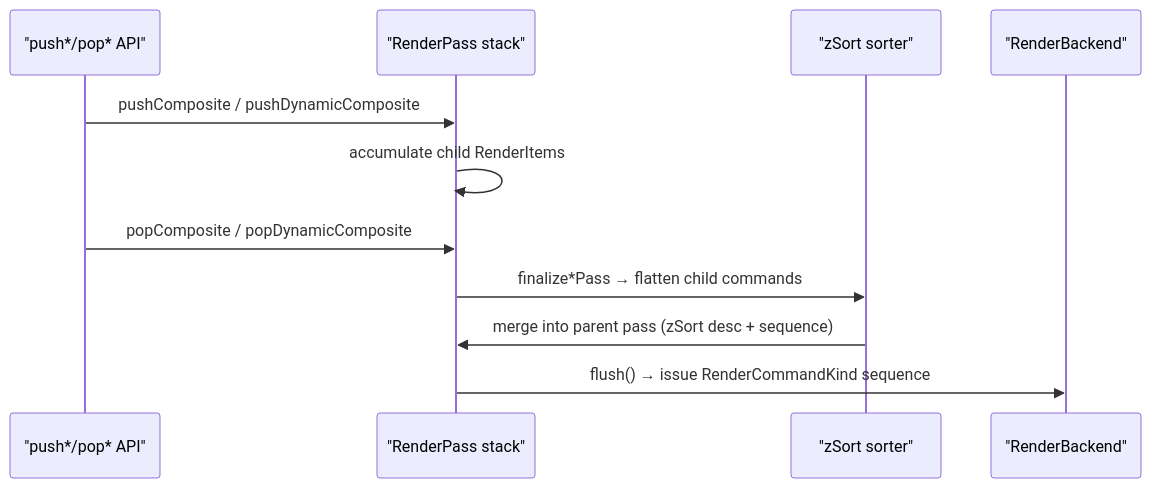
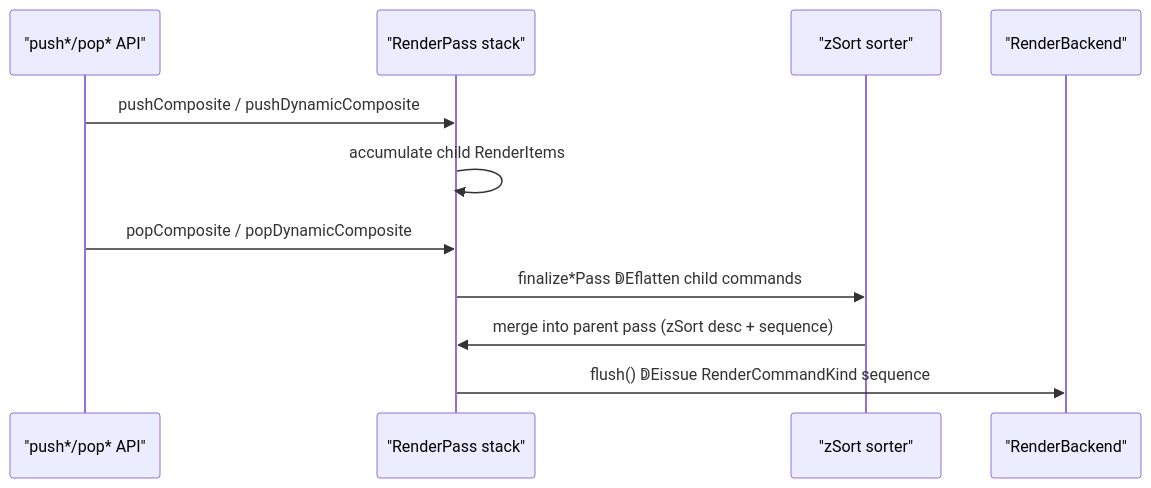
Before and after one commit to nijigenerate/nijilive: the third of 4 diagrams in doc/new_rendering.md, drawn with Mermaid. The commit also changed other lines of this file and 21 other files, not shown here.

````diff
--- a/doc/new_rendering.md
+++ b/doc/new_rendering.md
@@ -143,13 +143,13 @@
 ```mermaid
 sequenceDiagram
     participant Scope as "push*/pop* API"
     participant Pass as "RenderPass stack"
     participant Sort as "zSort sorter"
     participant Backend as "RenderBackend"
     Scope->>Pass: pushComposite / pushDynamicComposite
     Pass->>Pass: accumulate child RenderItems
     Scope->>Pass: popComposite / popDynamicComposite
-    Pass->>Sort: finalize*Pass → flatten child commands
+    Pass->>Sort: finalize*Pass ↁEflatten child commands
     Sort->>Pass: merge into parent pass (zSort desc + sequence)
-    Pass->>Backend: flush() → issue RenderCommandKind sequence
+    Pass->>Backend: flush() ↁEissue RenderCommandKind sequence
 ```
````
